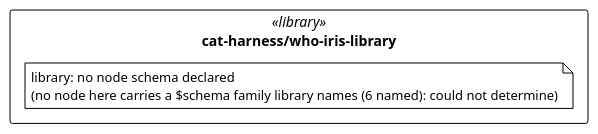
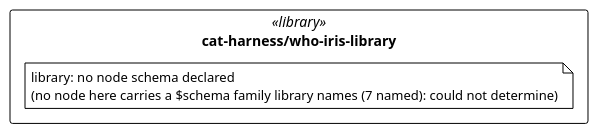
One commit to litlfred/folio-assistant changed the diagram in cat-harness/uml/overview/cat-harness/who-iris-library.puml. Above: the diagram before and after it, drawn with PlantUML. The commit also changed 55 other files, not shown here.

```diff
--- a/cat-harness/uml/overview/cat-harness/who-iris-library.puml
+++ b/cat-harness/uml/overview/cat-harness/who-iris-library.puml
@@ -3,13 +3,13 @@
 @startuml cat_harness_who_iris_library
 !pragma layout elk
 !theme plain
 skinparam classAttributeIconSize 0
 skinparam shadowing false
 skinparam packageStyle rectangle
 hide empty methods
 
 package "cat-harness/who-iris-library" as pkg_cat_harness_who_iris_library <<library>> {
-  note "library: no node schema declared\n(no node here carries a $schema family library names (6 named): could not determine)" as n_cat_harness_who_iris_library_library
+  note "library: no node schema declared\n(no node here carries a $schema family library names (7 named): could not determine)" as n_cat_harness_who_iris_library_library
 }
 
 @enduml
```
